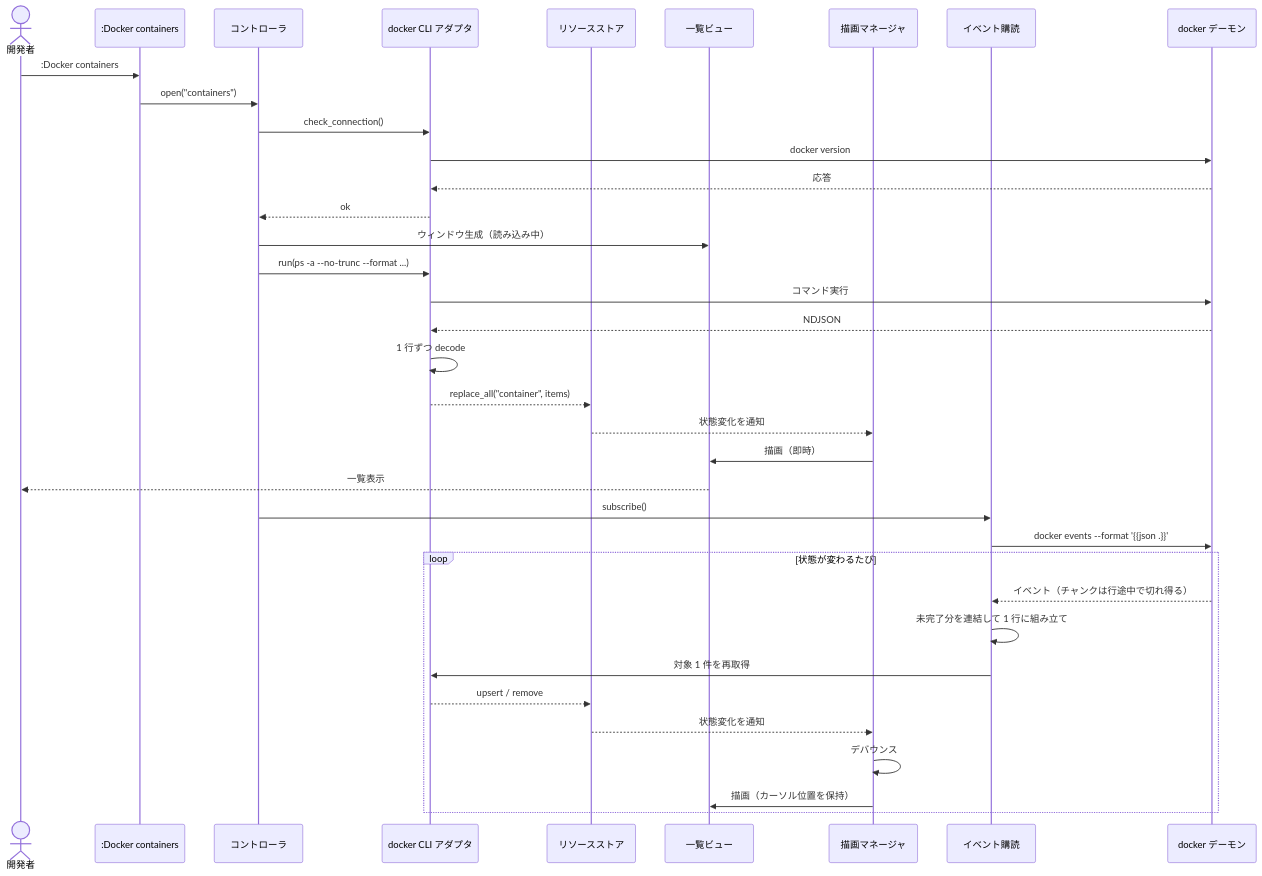
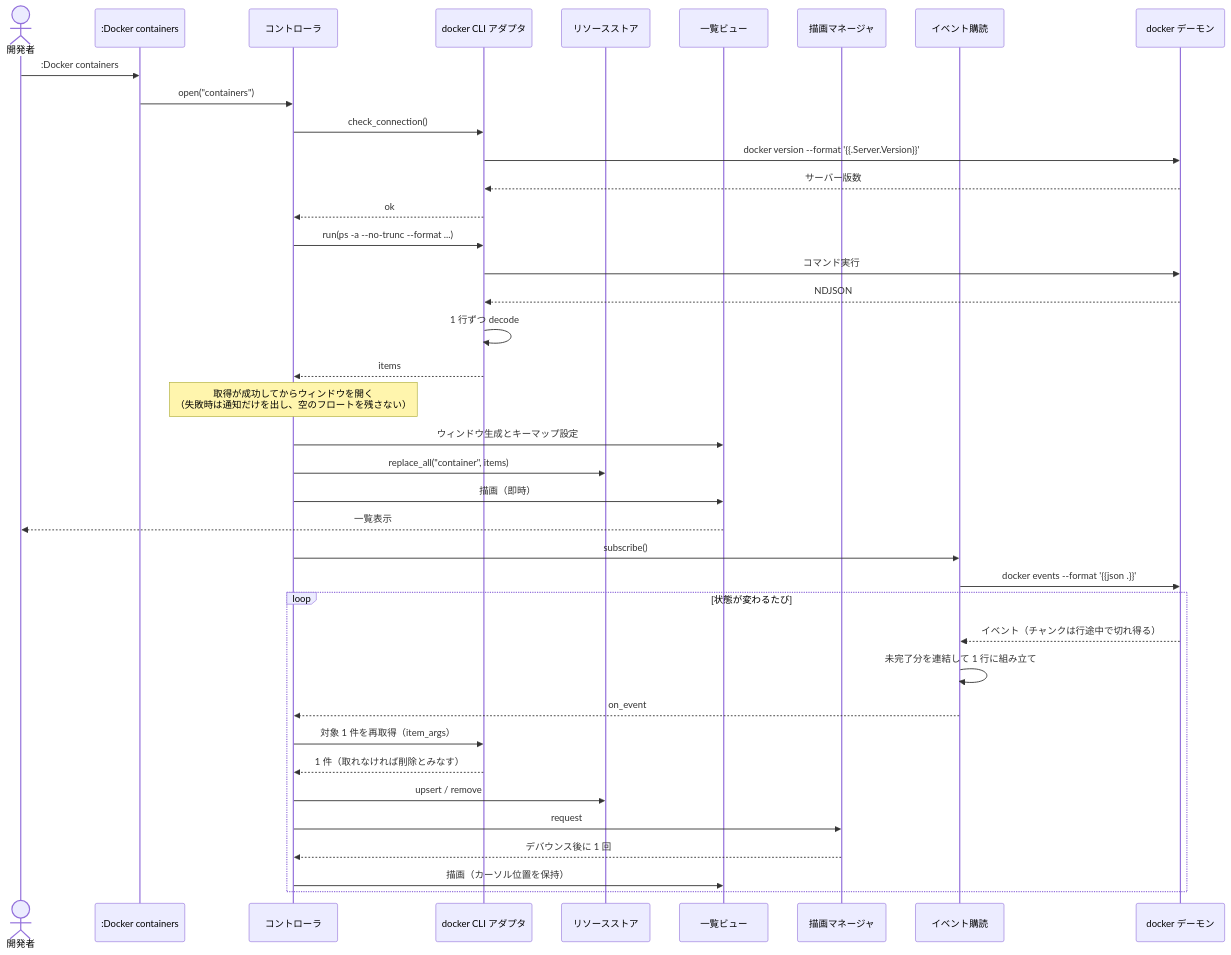
The first of 4 diagrams in docs/DESIGN_DETAIL_APP.md (skanehira/docker.nvim), drawn with Mermaid before and after one commit. The commit also changed other lines of this file and 9 other files, not shown here.

````diff
--- a/docs/DESIGN_DETAIL_APP.md
+++ b/docs/DESIGN_DETAIL_APP.md
@@ -549,40 +612,43 @@
 ```mermaid
 sequenceDiagram
     actor Dev as 開発者
     participant Cmd as :Docker containers
     participant Ctrl as コントローラ
     participant CLI as docker CLI アダプタ
     participant Store as リソースストア
     participant View as 一覧ビュー
     participant Render as 描画マネージャ
     participant Ev as イベント購読
     participant D as docker デーモン
 
     Dev->>Cmd: :Docker containers
     Cmd->>Ctrl: open("containers")
     Ctrl->>CLI: check_connection()
-    CLI->>D: docker version
-    D-->>CLI: 応答
+    CLI->>D: docker version --format '{{.Server.Version}}'
+    D-->>CLI: サーバー版数
     CLI-->>Ctrl: ok
-    Ctrl->>View: ウィンドウ生成（読み込み中）
     Ctrl->>CLI: run(ps -a --no-trunc --format ...)
     CLI->>D: コマンド実行
     D-->>CLI: NDJSON
     CLI->>CLI: 1 行ずつ decode
-    CLI-->>Store: replace_all("container", items)
-    Store-->>Render: 状態変化を通知
-    Render->>View: 描画（即時）
+    CLI-->>Ctrl: items
+    Note over Ctrl: 取得が成功してからウィンドウを開く<br/>（失敗時は通知だけを出し、空のフロートを残さない）
+    Ctrl->>View: ウィンドウ生成とキーマップ設定
+    Ctrl->>Store: replace_all("container", items)
+    Ctrl->>View: 描画（即時）
     View-->>Dev: 一覧表示
     Ctrl->>Ev: subscribe()
     Ev->>D: docker events --format '{{json .}}'
 
     loop 状態が変わるたび
         D-->>Ev: イベント（チャンクは行途中で切れ得る）
         Ev->>Ev: 未完了分を連結して 1 行に組み立て
-        Ev->>CLI: 対象 1 件を再取得
-        CLI-->>Store: upsert / remove
-        Store-->>Render: 状態変化を通知
-        Render->>Render: デバウンス
-        Render->>View: 描画（カーソル位置を保持）
+        Ev-->>Ctrl: on_event
+        Ctrl->>CLI: 対象 1 件を再取得（item_args）
+        CLI-->>Ctrl: 1 件（取れなければ削除とみなす）
+        Ctrl->>Store: upsert / remove
+        Ctrl->>Render: request
+        Render-->>Ctrl: デバウンス後に 1 回
+        Ctrl->>View: 描画（カーソル位置を保持）
     end
 ```
````
